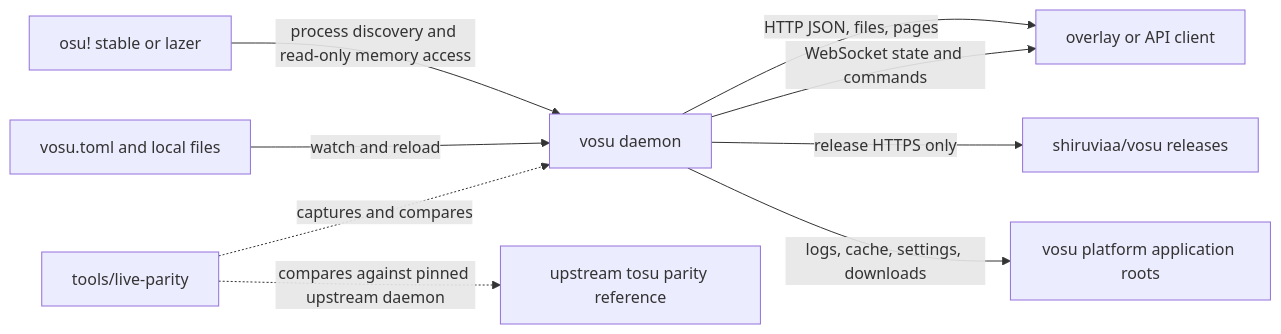
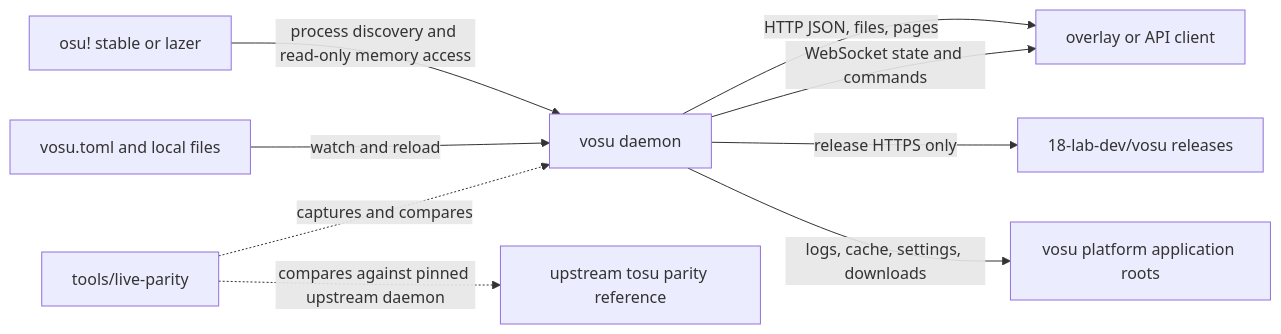
The first of 3 diagrams in docs/architecture/overview.md (18-lab-dev/vosu), drawn with Mermaid before and after one commit. The commit also changed 48 other files, not shown here.

Commit message:
chore: prepare vosu 1.2.0 for the 18-LAB release

````diff
--- a/docs/architecture/overview.md
+++ b/docs/architecture/overview.md
@@ -28,11 +28,11 @@
 ```mermaid
 flowchart LR
     Game[osu! stable or lazer] -->|process discovery and read-only memory access| Vosu[vosu daemon]
     Config[vosu.toml and local files] -->|watch and reload| Vosu
     Vosu -->|HTTP JSON, files, pages| Client[overlay or API client]
     Vosu -->|WebSocket state and commands| Client
-    Vosu -->|release HTTPS only| Remote[shiruviaa/vosu releases]
+    Vosu -->|release HTTPS only| Remote[18-lab-dev/vosu releases]
     Vosu -->|logs, cache, settings, downloads| Disk[vosu platform application roots]
     Parity[tools/live-parity] -. captures and compares .-> Vosu
     Parity -. compares against pinned upstream daemon .-> Reference[upstream tosu parity reference]
 ```
````
